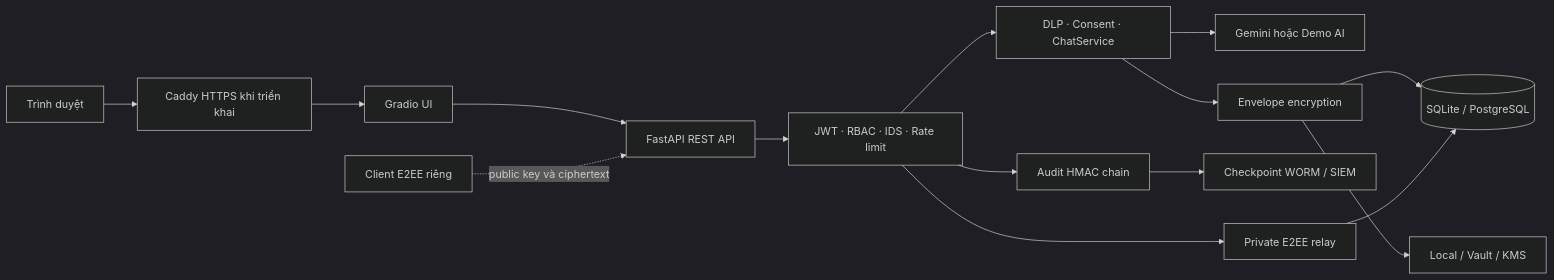
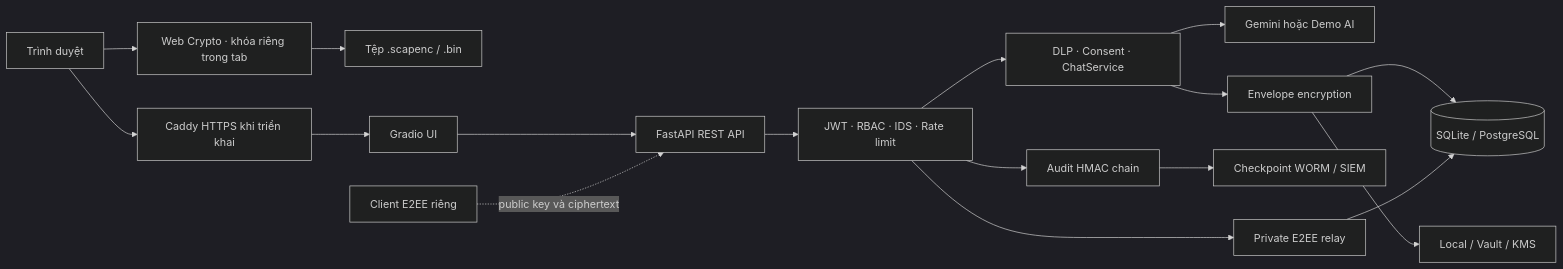
The diagram in README.md (nguyentuanthien2384/Secure_Conversational_Application_Platform), drawn with Mermaid (dark theme) before and after one commit. The commit also changed other lines of this file and 15 other files, not shown here.

````diff
--- a/README.md
+++ b/README.md
@@ -193,17 +212,19 @@
 ```mermaid
 flowchart LR
     Browser[Trình duyệt] --> Edge[Caddy HTTPS khi triển khai]
+    Browser --> LocalCrypto[Web Crypto · khóa riêng trong tab]
+    LocalCrypto --> Download[Tệp .scapenc / .bin]
     Edge --> UI[Gradio UI]
     UI --> API[FastAPI REST API]
     API --> Guard[JWT · RBAC · IDS · Rate limit]
     Guard --> Policy[DLP · Consent · ChatService]
     Policy --> AI[Gemini hoặc Demo AI]
     Policy --> Crypto[Envelope encryption]
     Crypto --> DB[(SQLite / PostgreSQL)]
     Crypto --> KMS[Local / Vault / KMS]
     Guard --> Audit[Audit HMAC chain]
     Audit --> WORM[Checkpoint WORM / SIEM]
     E2EE[Client E2EE riêng] -. public key và ciphertext .-> API
     Guard --> Relay[Private E2EE relay]
     Relay --> DB
 ```
````
